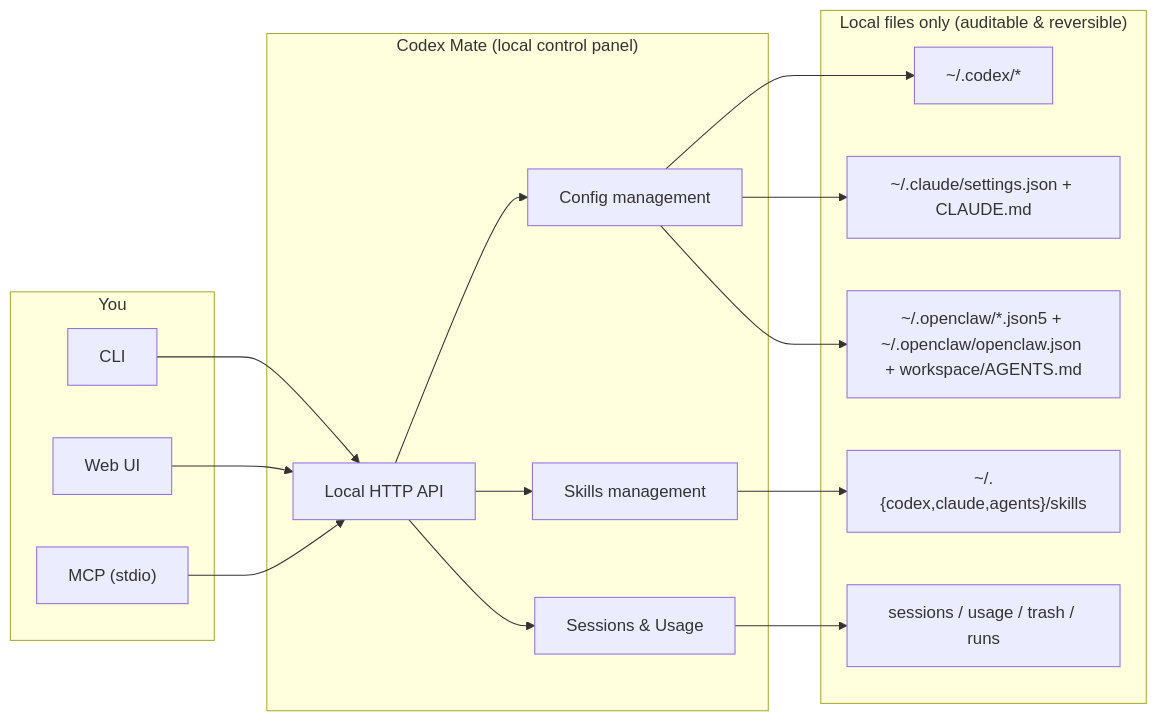
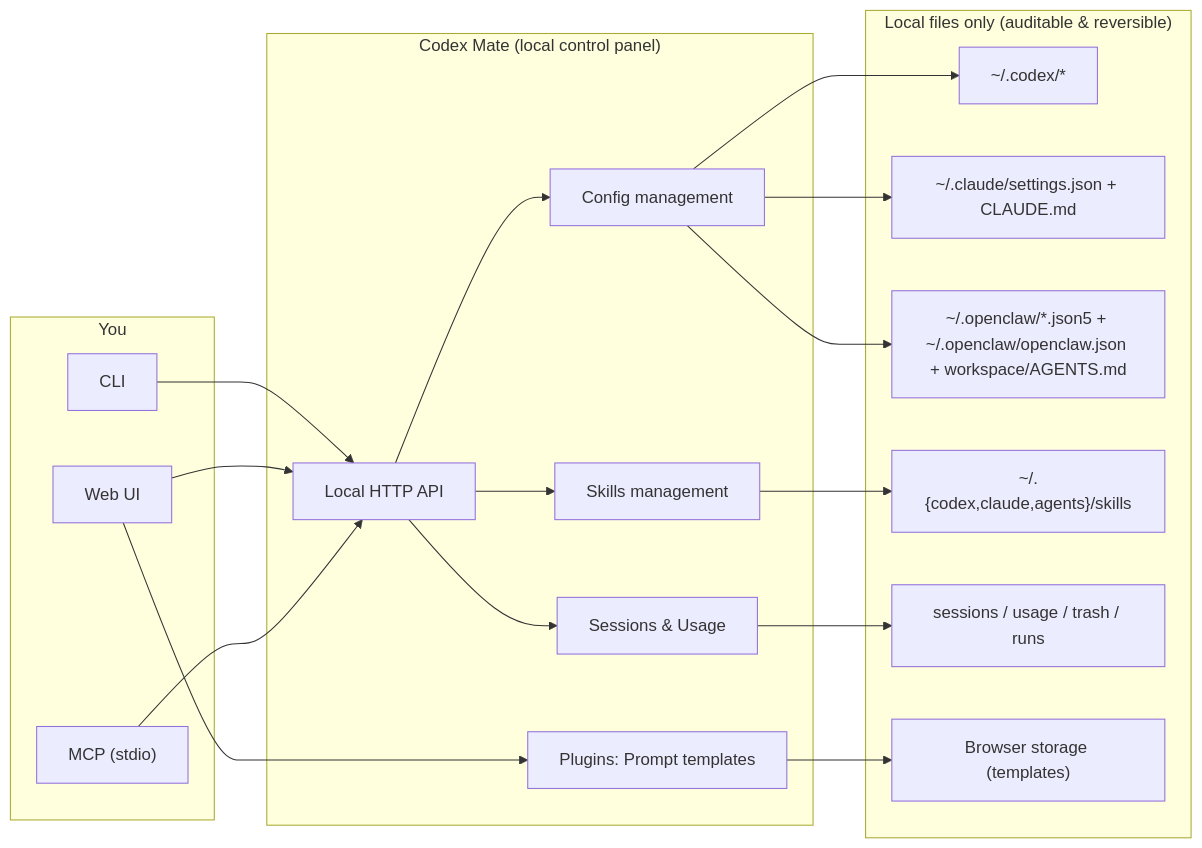
One commit to ymkiux/codexmate changed the diagram in README.md. Above: the diagram before and after it, drawn with Mermaid. The commit also changed other lines of this file and 1 other file, not shown here.

Commit message:
docs: include Plugins in architecture overview

````diff
--- a/README.md
+++ b/README.md
@@ -79,37 +79,41 @@
 ```mermaid
 flowchart LR
     subgraph You["You"]
       CLI["CLI"]
       WEB["Web UI"]
       MCP["MCP (stdio)"]
     end
 
     subgraph Mate["Codex Mate (local control panel)"]
       API["Local HTTP API"]
       CFG["Config management"]
       SESS["Sessions & Usage"]
       SKL["Skills management"]
+      PLG["Plugins: Prompt templates"]
     end
 
     subgraph Files["Local files only (auditable & reversible)"]
       CODEX["~/.codex/*"]
       CLAUDE["~/.claude/settings.json + CLAUDE.md"]
       OPENCLAW["~/.openclaw/*.json5 + ~/.openclaw/openclaw.json + workspace/AGENTS.md"]
       SKILLS["~/.{codex,claude,agents}/skills"]
       STATE["sessions / usage / trash / runs"]
+      BROWSER["Browser storage (templates)"]
     end
 
     CLI --> API
     WEB --> API
     MCP --> API
+    WEB --> PLG
 
     API --> CFG
     API --> SESS
     API --> SKL
+    PLG --> BROWSER
 
     CFG --> CODEX
     CFG --> CLAUDE
     CFG --> OPENCLAW
     SKL --> SKILLS
     SESS --> STATE
 ```
````
